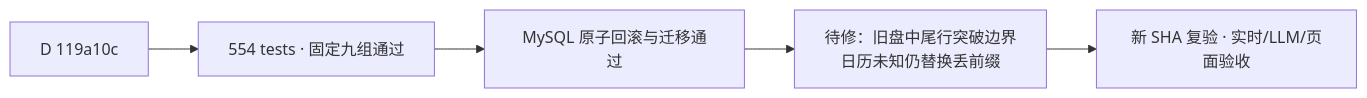
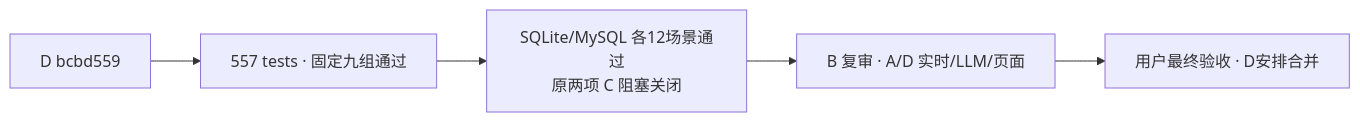
One commit to 27ye/ai-quant-platform changed the diagram in docs/C_PROGRESS.md. Above: the diagram before and after it, drawn with Mermaid. The commit also changed other lines of this file and 25 other files, not shown here.

````diff
--- a/docs/C_PROGRESS.md
+++ b/docs/C_PROGRESS.md
@@ -7,7 +7,7 @@
 ```mermaid
 flowchart LR
-    D["D 119a10c"] --> C["554 tests · 固定九组通过"]
-    C --> M["MySQL 原子回滚与迁移通过"]
-    M --> R["待修：旧盘中尾行突破边界<br/>日历未知仍替换丢前缀"]
-    R --> N["新 SHA 复验 · 实时/LLM/页面验收"]
+    D["D bcbd559"] --> C["557 tests · 固定九组通过"]
+    C --> R["SQLite/MySQL 各12场景通过<br/>原两项 C 阻塞关闭"]
+    R --> A["B 复审 · A/D 实时/LLM/页面"]
+    A --> U["用户最终验收 · D安排合并"]
 ```
````
